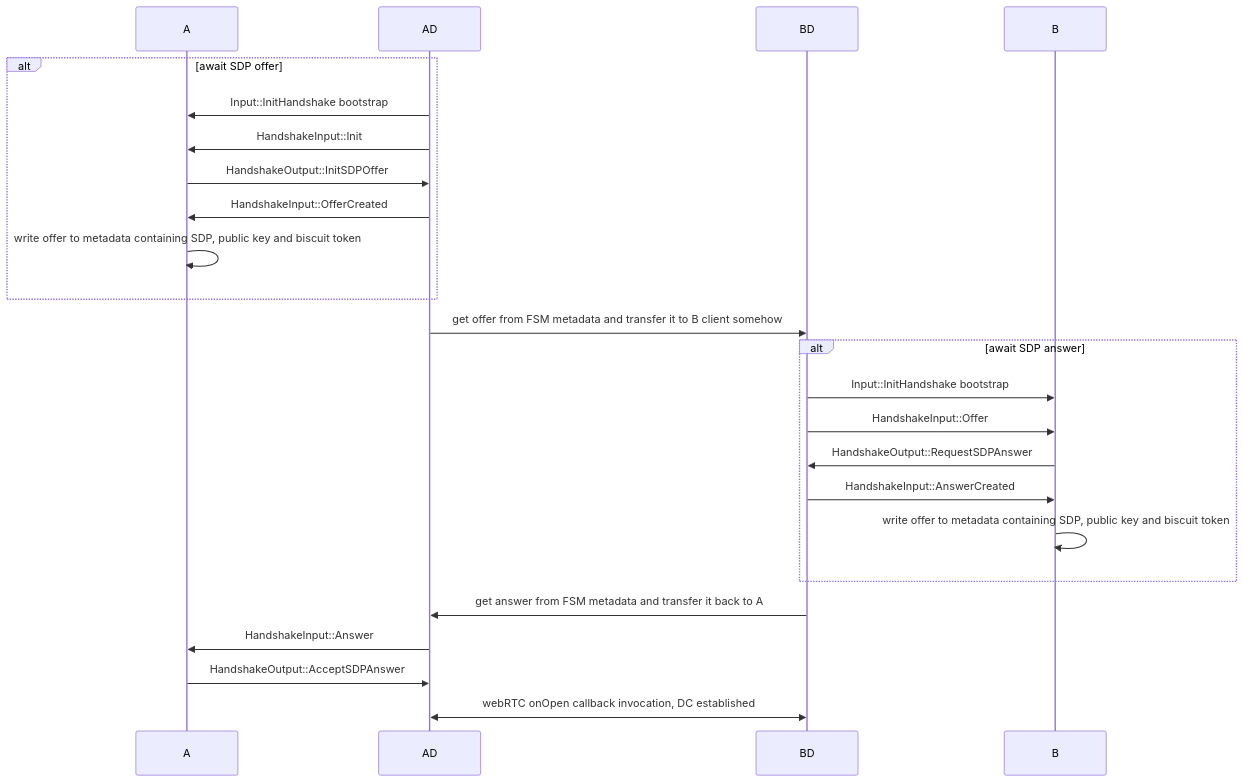
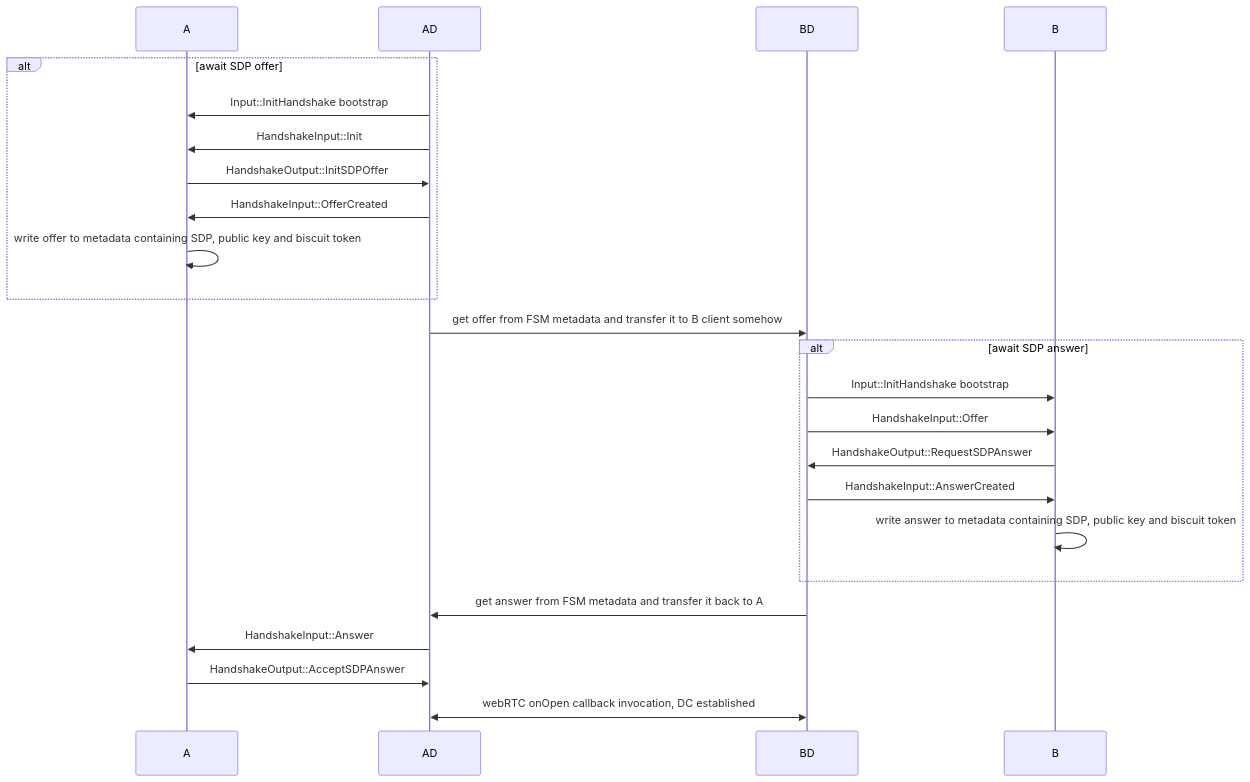
The first of 2 diagrams in docs/protocol.md (PixelQuasar/antenna), drawn with Mermaid before and after one commit.

````diff
--- a/docs/protocol.md
+++ b/docs/protocol.md
@@ -15,29 +15,29 @@
 ```mermaid
 sequenceDiagram
     participant A
     participant AD 
     participant BD
     participant B
 
     alt await SDP offer
         AD ->> A: Input::InitHandshake bootstrap
         AD ->> A: HandshakeInput::Init
         A ->> AD: HandshakeOutput::InitSDPOffer
         AD ->> A: HandshakeInput::OfferCreated
         A ->> A: write offer to metadata containing SDP, public key and biscuit token
     end
     AD ->> BD: get offer from FSM metadata and transfer it to B client somehow
     
     alt await SDP answer
         BD ->> B: Input::InitHandshake bootstrap
         BD ->> B: HandshakeInput::Offer
         B ->> BD: HandshakeOutput::RequestSDPAnswer
         BD ->> B: HandshakeInput::AnswerCreated
-        B ->> B: write offer to metadata containing SDP, public key and biscuit token
+        B ->> B: write answer to metadata containing SDP, public key and biscuit token
     end
 
     BD ->> AD: get answer from FSM metadata and transfer it back to A
     AD ->> A: HandshakeInput::Answer
     A ->> AD: HandshakeOutput::AcceptSDPAnswer
     AD <<->> BD: webRTC onOpen callback invocation, DC established    
 ```
````
